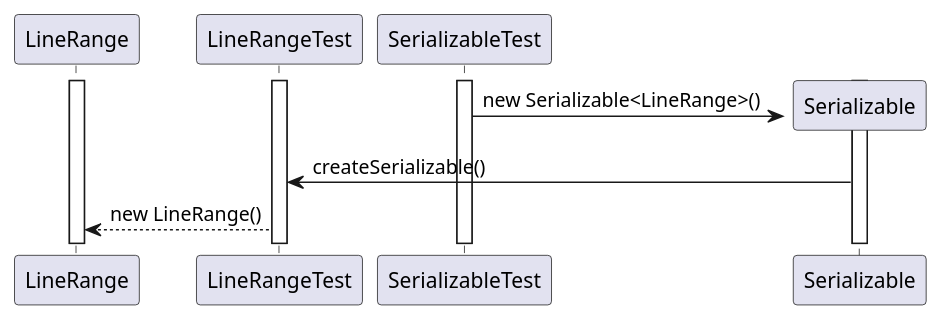
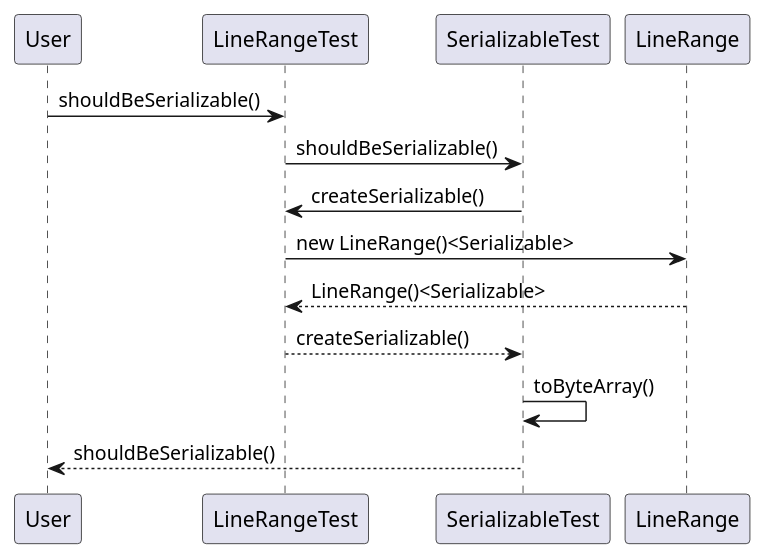
The diagram in doc/LineRangeSerializableSeq.puml (jenkinsci/analysis-model), drawn with PlantUML before and after one commit. The commit also changed 2 other files, not shown here.

Commit message:
implemented UML Diagrams for Task 1.3.2 and 1.3.3 + implemented method createSerializable() in LineRangeTest.java

```diff
--- a/doc/LineRangeSerializableSeq.puml
+++ b/doc/LineRangeSerializableSeq.puml
@@ -1,19 +1,12 @@
 @startuml
 
-create LineRange
-activate LineRange
-
-create LineRangeTest
-activate LineRangeTest
-
-create SerializableTest
-activate SerializableTest
-
-create Serializable
-activate Serializable
-
-SerializableTest -> Serializable : new Serializable<LineRange>()
-Serializable -> LineRangeTest : createSerializable()
-LineRangeTest --> LineRange : new LineRange()
+User -> LineRangeTest: shouldBeSerializable()
+LineRangeTest -> SerializableTest: shouldBeSerializable()
+SerializableTest -> LineRangeTest: createSerializable()
+LineRangeTest -> LineRange: new LineRange()<Serializable>
+LineRange --> LineRangeTest: LineRange()<Serializable>
+LineRangeTest --> SerializableTest: createSerializable()
+SerializableTest -> SerializableTest: toByteArray()
+SerializableTest --> User: shouldBeSerializable()
 
 @enduml
```
